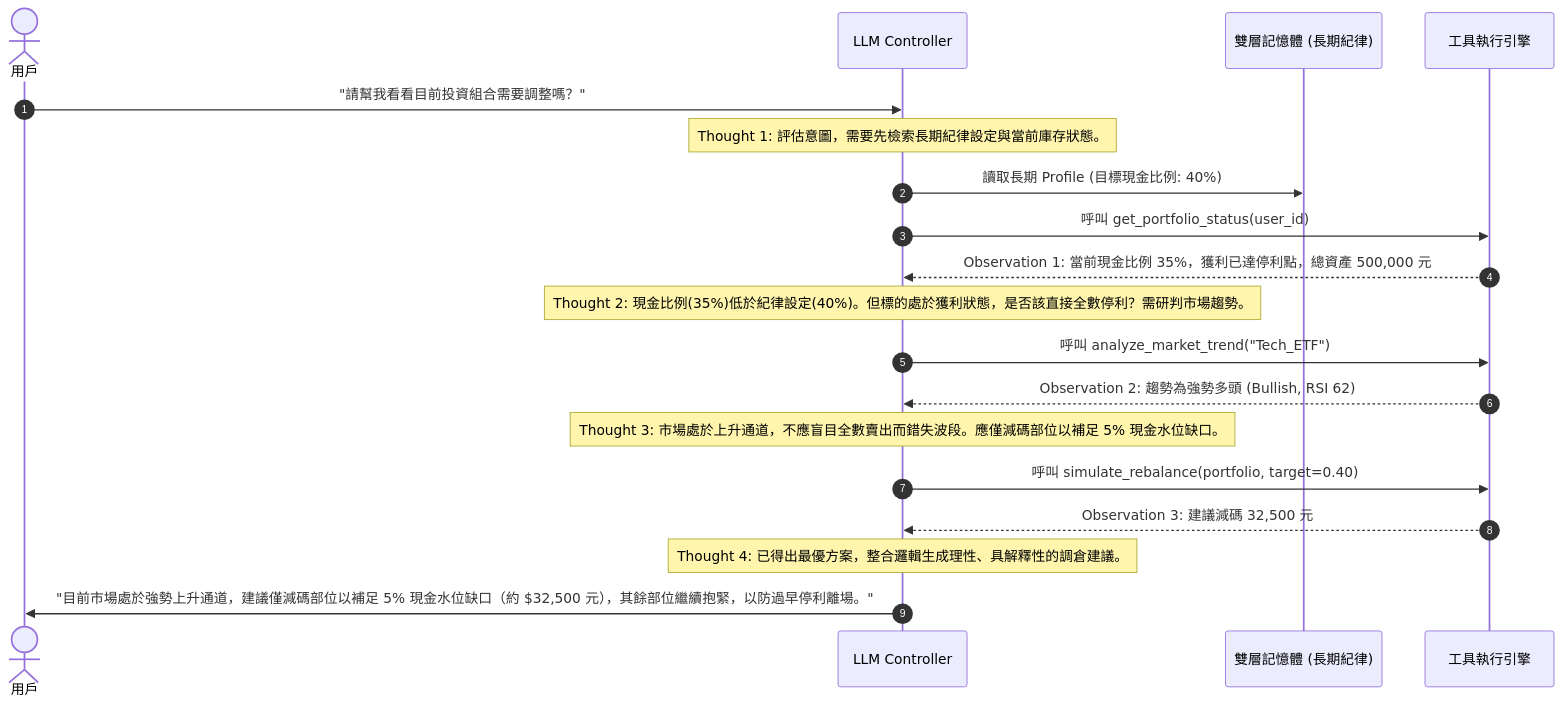
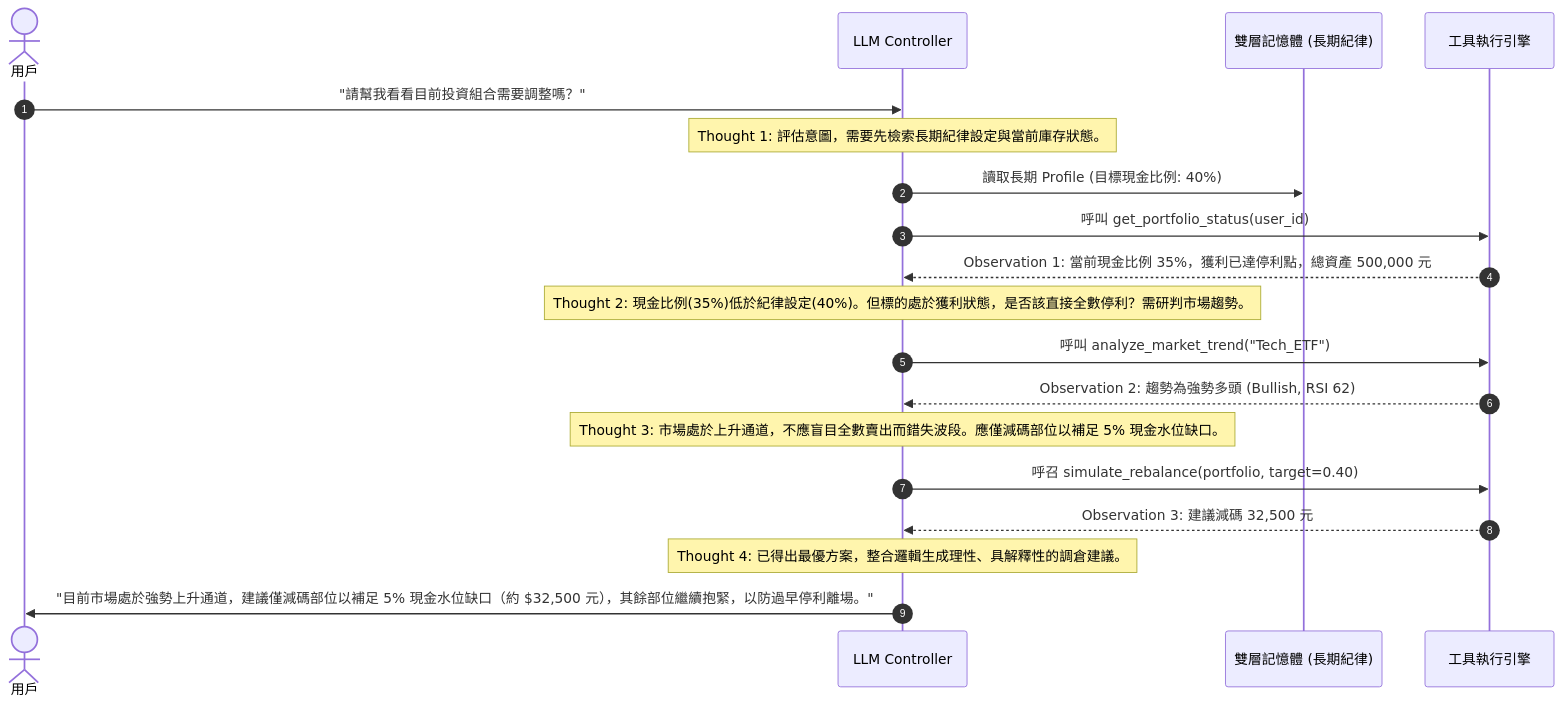
One commit to Elaine17141/DRL_HW4 changed the diagram in README.md. Above: the diagram before and after it, drawn with Mermaid. The commit also changed other lines of this file and 6 other files, not shown here.

````diff
--- a/README.md
+++ b/README.md
@@ -104,25 +128,25 @@
 ```mermaid
 sequenceDiagram
     autonumber
     actor User as 用戶
     participant Controller as LLM Controller
     participant Memory as 雙層記憶體 (長期紀律)
     participant Tool as 工具執行引擎
     
     User->>Controller: "請幫我看看目前投資組合需要調整嗎？"
     Note over Controller: Thought 1: 評估意圖，需要先檢索長期紀律設定與當前庫存狀態。
     Controller->>Memory: 讀取長期 Profile (目標現金比例: 40%)
     Controller->>Tool: 呼叫 get_portfolio_status(user_id)
     Tool-->>Controller: Observation 1: 當前現金比例 35%，獲利已達停利點，總資產 500,000 元
     
     Note over Controller: Thought 2: 現金比例(35%)低於紀律設定(40%)。但標的處於獲利狀態，是否該直接全數停利？需研判市場趨勢。
     Controller->>Tool: 呼叫 analyze_market_trend("Tech_ETF")
     Tool-->>Controller: Observation 2: 趨勢為強勢多頭 (Bullish, RSI 62)
     
     Note over Controller: Thought 3: 市場處於上升通道，不應盲目全數賣出而錯失波段。應僅減碼部位以補足 5% 現金水位缺口。
-    Controller->>Tool: 呼叫 simulate_rebalance(portfolio, target=0.40)
+    Controller->>Tool: 呼召 simulate_rebalance(portfolio, target=0.40)
     Tool-->>Controller: Observation 3: 建議減碼 32,500 元
     
     Note over Controller: Thought 4: 已得出最優方案，整合邏輯生成理性、具解釋性的調倉建議。
     Controller->>User: "目前市場處於強勢上升通道，建議僅減碼部位以補足 5% 現金水位缺口（約 $32,500 元），其餘部位繼續抱緊，以防過早停利離場。"
 ```
````
